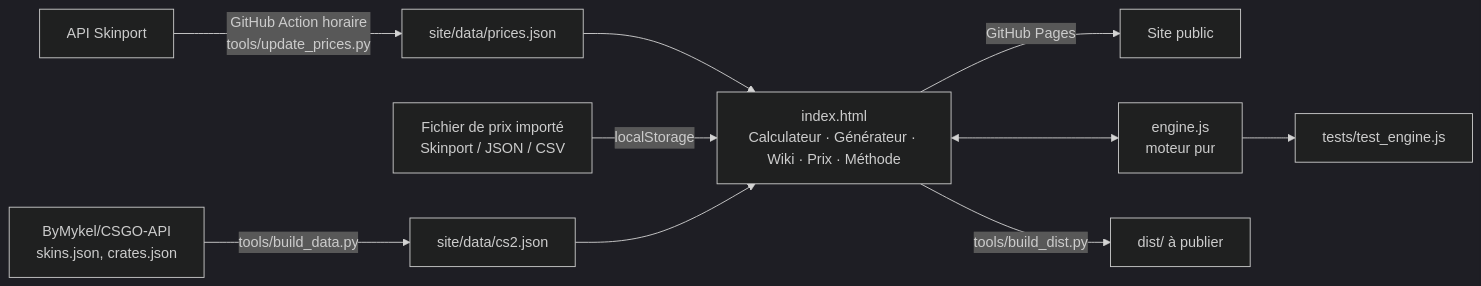
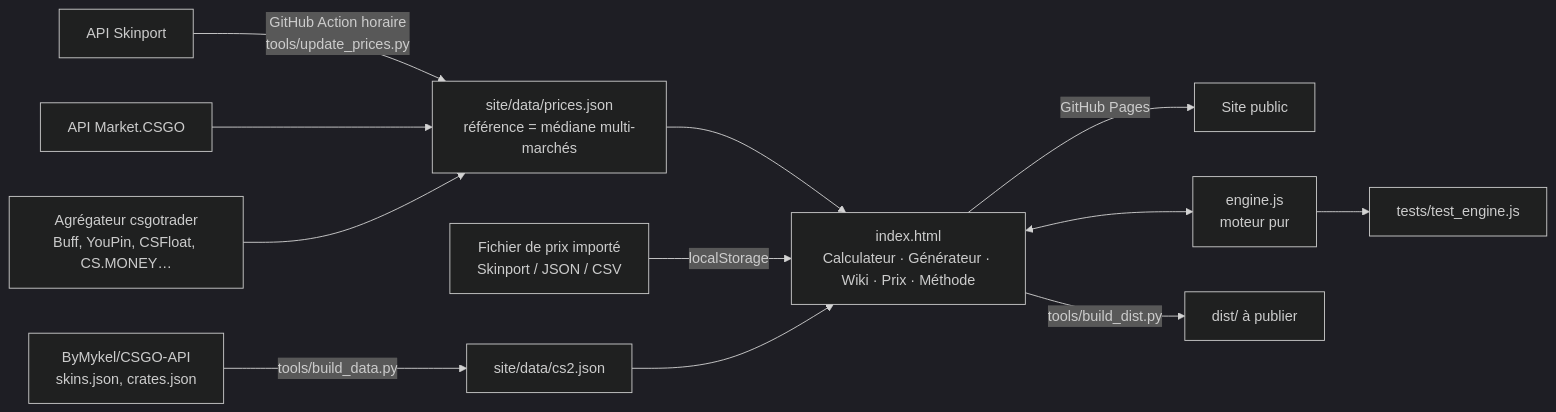
The first of 3 diagrams in SCHEMA.md (slapy-code/floatforge), drawn with Mermaid (dark theme) before and after one commit. The commit also changed 8 other files, not shown here.

First line of the commit message:
Refonte visuelle v2, prix multi-marchés et icônes d'armes

````diff
--- a/SCHEMA.md
+++ b/SCHEMA.md
@@ -11,12 +11,14 @@
 ```mermaid
 flowchart LR
   API[ByMykel/CSGO-API<br/>skins.json, crates.json] -->|tools/build_data.py| DATA[site/data/cs2.json]
-  SKP[API Skinport] -->|GitHub Action horaire<br/>tools/update_prices.py| PJ[site/data/prices.json]
+  SKP[API Skinport] -->|GitHub Action horaire<br/>tools/update_prices.py| PJ[site/data/prices.json<br/>référence = médiane multi-marchés]
+  MCS[API Market.CSGO] --> PJ
+  CT[Agrégateur csgotrader<br/>Buff, YouPin, CSFloat, CS.MONEY…] --> PJ
   PJ --> UI
   PRIX[Fichier de prix importé<br/>Skinport / JSON / CSV] -->|localStorage| UI
   UI -->|GitHub Pages| WEB[Site public]
   DATA --> UI[index.html<br/>Calculateur · Générateur · Wiki · Prix · Méthode]
   UI <--> ENG[engine.js<br/>moteur pur]
   ENG --> TESTS[tests/test_engine.js]
   UI -->|tools/build_dist.py| DIST[dist/ à publier]
 ```
````
